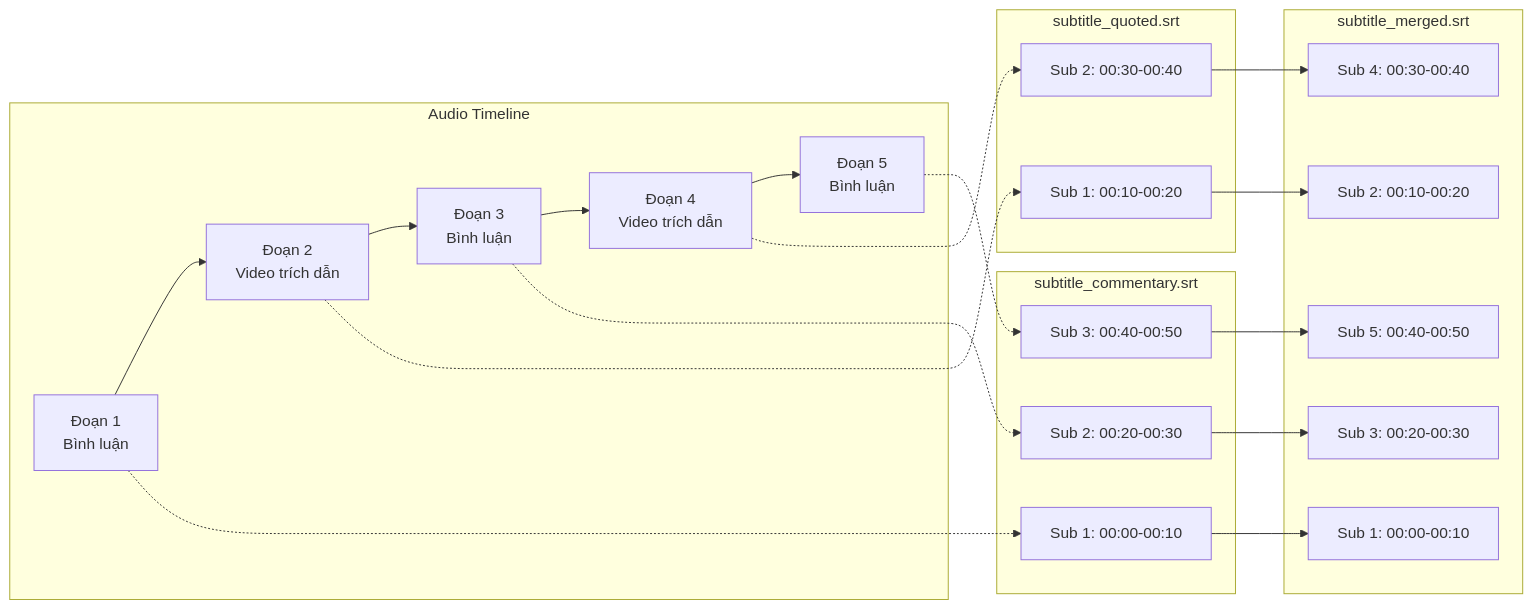
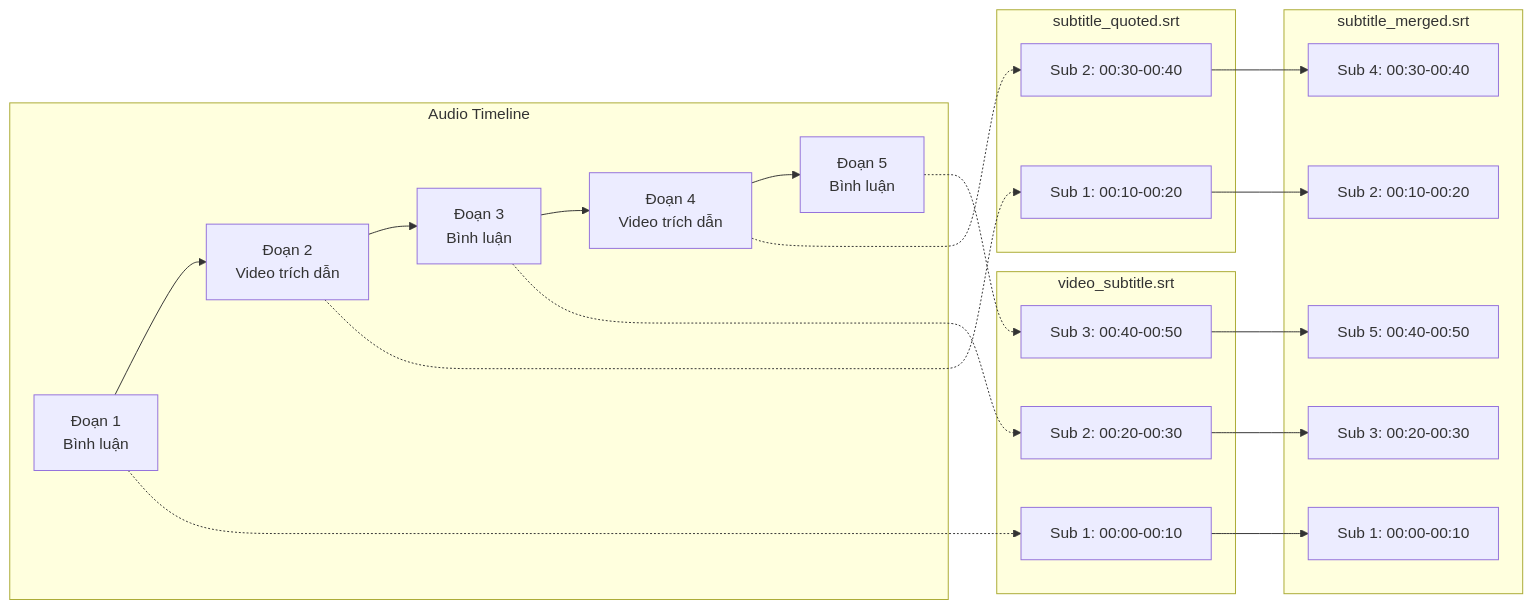
Before and after one commit to ThanhVoKim/CharenjiZukan: the third of 3 diagrams in docs/workflow.md, drawn with Mermaid. The commit also changed other lines of this file and 9 other files, not shown here.

````diff
--- a/docs/workflow.md
+++ b/docs/workflow.md
@@ -214,40 +229,40 @@
 ```mermaid
 flowchart LR
     subgraph "Audio Timeline"
         A1[Đoạn 1<br>Bình luận] --> M1[Đoạn 2<br>Video trích dẫn]
         M1 --> A2[Đoạn 3<br>Bình luận]
         A2 --> M2[Đoạn 4<br>Video trích dẫn]
         M2 --> A3[Đoạn 5<br>Bình luận]
     end
 
-    subgraph "subtitle_commentary.srt"
+    subgraph "video_subtitle.srt"
         S1[Sub 1: 00:00-00:10]
         S2[Sub 2: 00:20-00:30]
         S3[Sub 3: 00:40-00:50]
     end
 
     subgraph "subtitle_quoted.srt"
         E1[Sub 1: 00:10-00:20]
         E2[Sub 2: 00:30-00:40]
     end
 
     subgraph "subtitle_merged.srt"
         F1[Sub 1: 00:00-00:10]
         F2[Sub 2: 00:10-00:20]
         F3[Sub 3: 00:20-00:30]
         F4[Sub 4: 00:30-00:40]
         F5[Sub 5: 00:40-00:50]
     end
 
     A1 -.-> S1
     A2 -.-> S2
     A3 -.-> S3
     M1 -.-> E1
     M2 -.-> E2
 
     S1 --> F1
     E1 --> F2
     S2 --> F3
     E2 --> F4
     S3 --> F5
 ```
````
